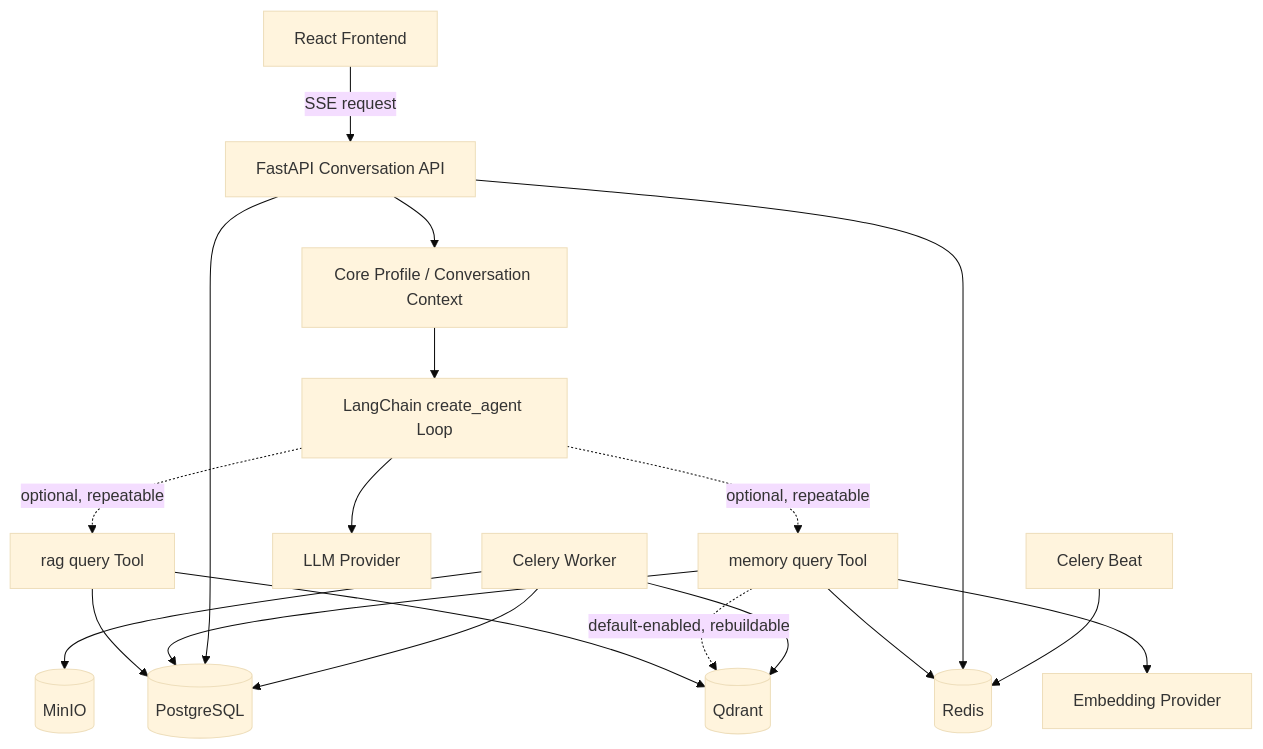
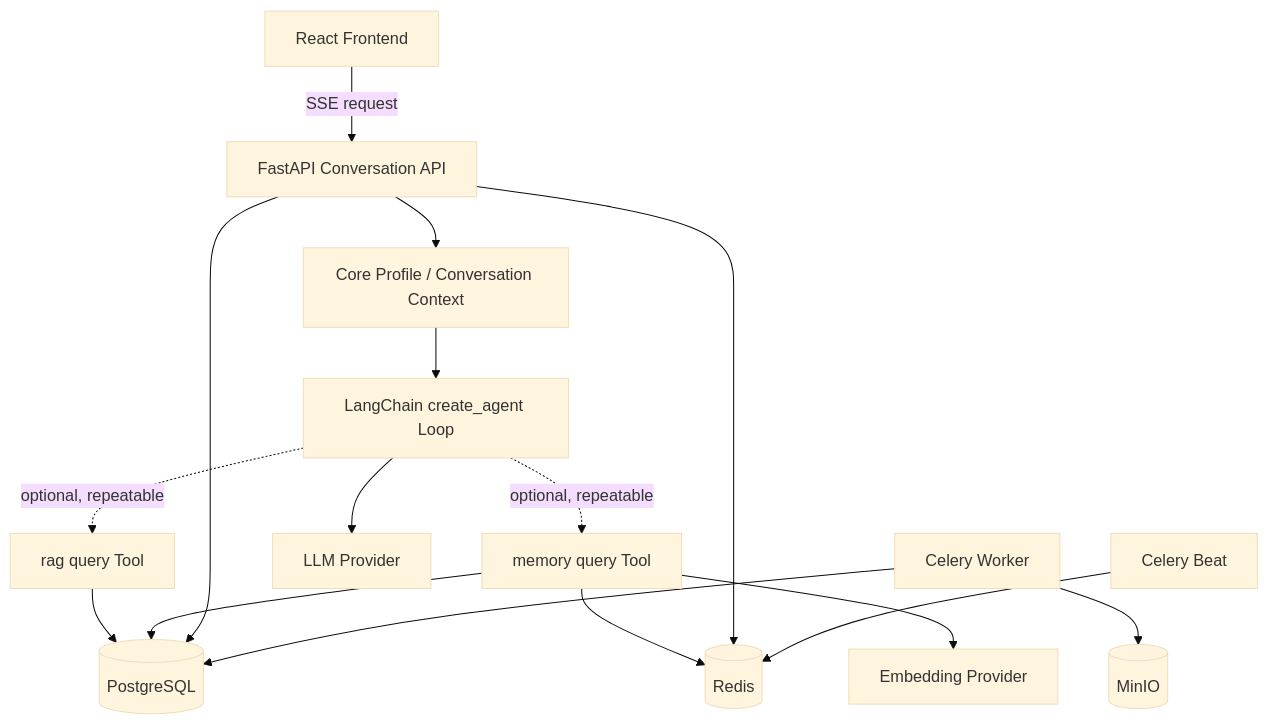
One commit to ShuoLiu0603/knowledge-work-assistant changed the first of 4 diagrams in docs/agent_memory_deep_dive.md. Above: the diagram before and after it, drawn with Mermaid (base theme). The commit also changed other lines of this file and 55 other files, not shown here.

````diff
--- a/docs/agent_memory_deep_dive.md
+++ b/docs/agent_memory_deep_dive.md
@@ -32,37 +32,33 @@
 ```mermaid
 flowchart TB
     FE[React Frontend]
     API[FastAPI Conversation API]
     AGENT[LangChain create_agent Loop]
     MEMORY[memory query Tool]
     RAG[rag query Tool]
     CORE[Core Profile / Conversation Context]
 
     PG[(PostgreSQL)]
     REDIS[(Redis)]
-    QD[(Qdrant)]
     MINIO[(MinIO)]
     LLM[LLM Provider]
     EMB[Embedding Provider]
     WORKER[Celery Worker]
     BEAT[Celery Beat]
 
     FE -->|SSE request| API
     API --> CORE
     CORE --> AGENT
     AGENT --> LLM
     AGENT -. optional, repeatable .-> MEMORY
     AGENT -. optional, repeatable .-> RAG
-    RAG --> QD
     RAG --> PG
     MEMORY --> PG
     MEMORY --> REDIS
     MEMORY --> EMB
-    MEMORY -. default-enabled, rebuildable .-> QD
     API --> PG
     API --> REDIS
     WORKER --> PG
-    WORKER --> QD
     WORKER --> MINIO
     BEAT --> REDIS
 ```
````
